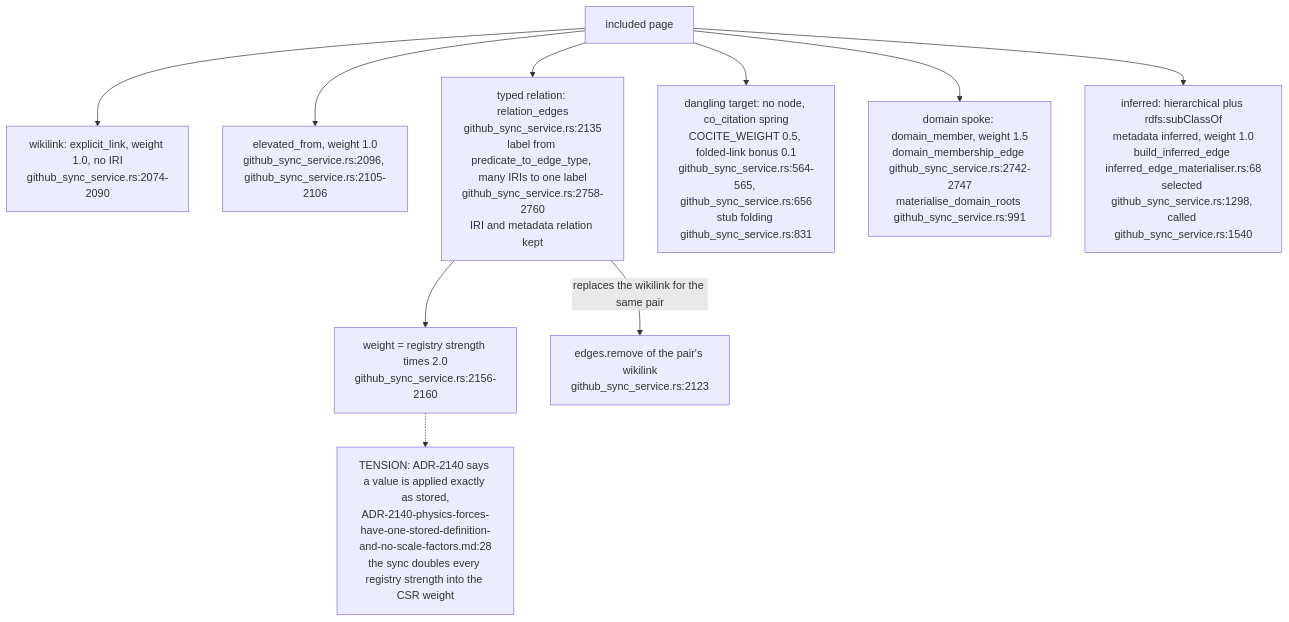
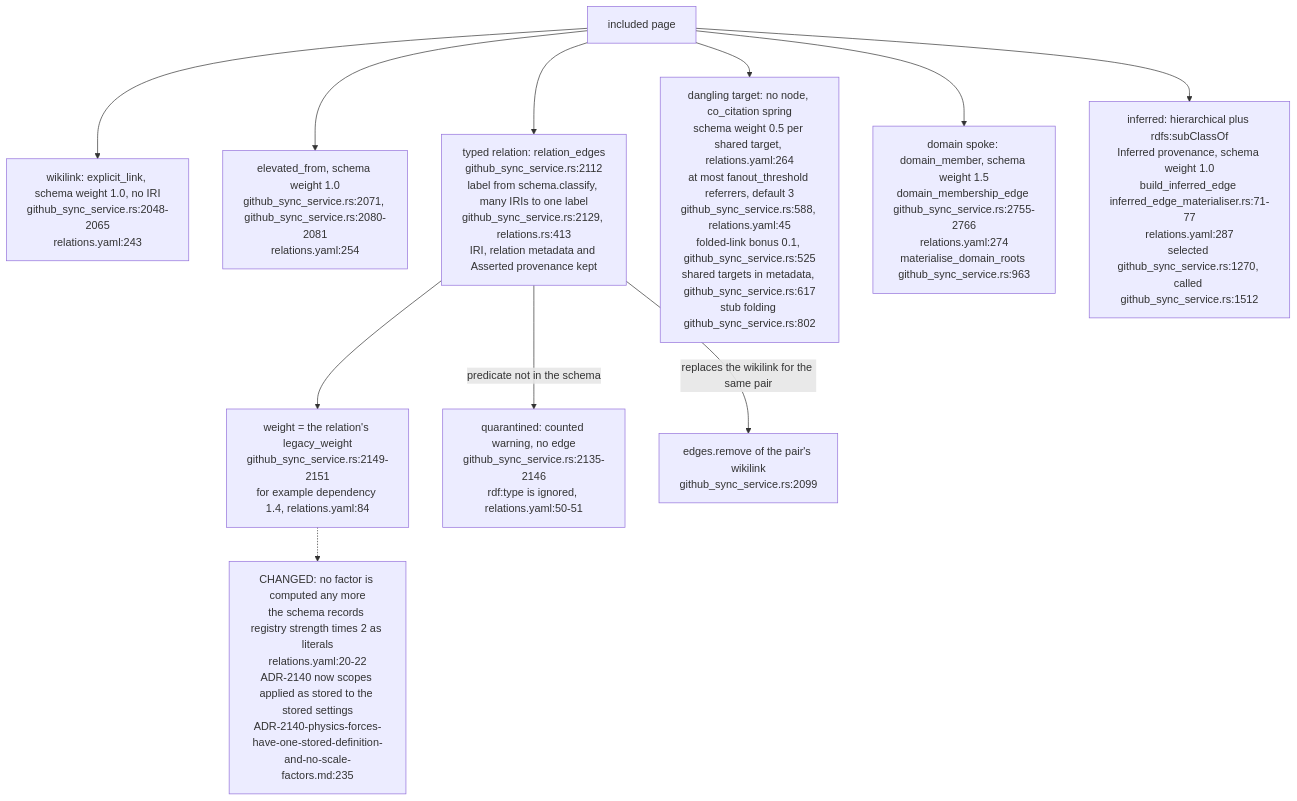
One commit to DreamLab-AI/VisionFlow changed the second of 5 diagrams in docs/diagrams/visionclaw/58-corpus-page-to-gpu-edge.md. Above: the diagram before and after it, drawn with Mermaid. The commit also changed other lines of this file, not shown here.

First line of the commit message:
diagrams(visionclaw): re-verify VC-58 at visionclaw 4900ec60 after ADR-2204

````diff
--- a/docs/diagrams/visionclaw/58-corpus-page-to-gpu-edge.md
+++ b/docs/diagrams/visionclaw/58-corpus-page-to-gpu-edge.md
@@ -60,12 +65,13 @@
 ```mermaid
 flowchart TB
-    PAGE["included page"] --> WL["wikilink: explicit_link, weight 1.0, no IRI<br/>github_sync_service.rs:2074-2090"]
-    PAGE --> EL["elevated_from, weight 1.0<br/>github_sync_service.rs:2096, github_sync_service.rs:2105-2106"]
-    PAGE --> TY["typed relation: relation_edges<br/>github_sync_service.rs:2135<br/>label from predicate_to_edge_type, many IRIs to one label<br/>github_sync_service.rs:2758-2760<br/>IRI and metadata relation kept"]
-    TY --> W2["weight = registry strength times 2.0<br/>github_sync_service.rs:2156-2160"]
-    TY -->|"replaces the wikilink for the same pair"| OVR["edges.remove of the pair's wikilink<br/>github_sync_service.rs:2123"]
-    PAGE --> CO["dangling target: no node, co_citation spring<br/>COCITE_WEIGHT 0.5, folded-link bonus 0.1<br/>github_sync_service.rs:564-565, github_sync_service.rs:656<br/>stub folding github_sync_service.rs:831"]
-    PAGE --> DOM["domain spoke: domain_member, weight 1.5<br/>domain_membership_edge github_sync_service.rs:2742-2747<br/>materialise_domain_roots github_sync_service.rs:991"]
-    PAGE --> INF["inferred: hierarchical plus rdfs:subClassOf<br/>metadata inferred, weight 1.0<br/>build_inferred_edge inferred_edge_materialiser.rs:68<br/>selected github_sync_service.rs:1298, called github_sync_service.rs:1540"]
-    W2 -.-> T2140["TENSION: ADR-2140 says a value is applied exactly as stored,<br/>ADR-2140-physics-forces-have-one-stored-definition-and-no-scale-factors.md:28<br/>the sync doubles every registry strength into the CSR weight"]
+    PAGE["included page"] --> WL["wikilink: explicit_link, schema weight 1.0, no IRI<br/>github_sync_service.rs:2048-2065<br/>relations.yaml:243"]
+    PAGE --> EL["elevated_from, schema weight 1.0<br/>github_sync_service.rs:2071, github_sync_service.rs:2080-2081<br/>relations.yaml:254"]
+    PAGE --> TY["typed relation: relation_edges<br/>github_sync_service.rs:2112<br/>label from schema.classify, many IRIs to one label<br/>github_sync_service.rs:2129, relations.rs:413<br/>IRI, relation metadata and Asserted provenance kept"]
+    TY --> W2["weight = the relation's legacy_weight<br/>github_sync_service.rs:2149-2151<br/>for example dependency 1.4, relations.yaml:84"]
+    TY -->|"predicate not in the schema"| QUAR["quarantined: counted warning, no edge<br/>github_sync_service.rs:2135-2146<br/>rdf:type is ignored, relations.yaml:50-51"]
+    TY -->|"replaces the wikilink for the same pair"| OVR["edges.remove of the pair's wikilink<br/>github_sync_service.rs:2099"]
+    PAGE --> CO["dangling target: no node, co_citation spring<br/>schema weight 0.5 per shared target, relations.yaml:264<br/>at most fanout_threshold referrers, default 3<br/>github_sync_service.rs:588, relations.yaml:45<br/>folded-link bonus 0.1, github_sync_service.rs:525<br/>shared targets in metadata, github_sync_service.rs:617<br/>stub folding github_sync_service.rs:802"]
+    PAGE --> DOM["domain spoke: domain_member, schema weight 1.5<br/>domain_membership_edge github_sync_service.rs:2755-2766<br/>relations.yaml:274<br/>materialise_domain_roots github_sync_service.rs:963"]
+    PAGE --> INF["inferred: hierarchical plus rdfs:subClassOf<br/>Inferred provenance, schema weight 1.0<br/>build_inferred_edge inferred_edge_materialiser.rs:71-77<br/>relations.yaml:287<br/>selected github_sync_service.rs:1270, called github_sync_service.rs:1512"]
+    W2 -.-> T2140["CHANGED: no factor is computed any more<br/>the schema records registry strength times 2 as literals<br/>relations.yaml:20-22<br/>ADR-2140 now scopes applied as stored to the stored settings<br/>ADR-2140-physics-forces-have-one-stored-definition-and-no-scale-factors.md:235"]
 ```
````
